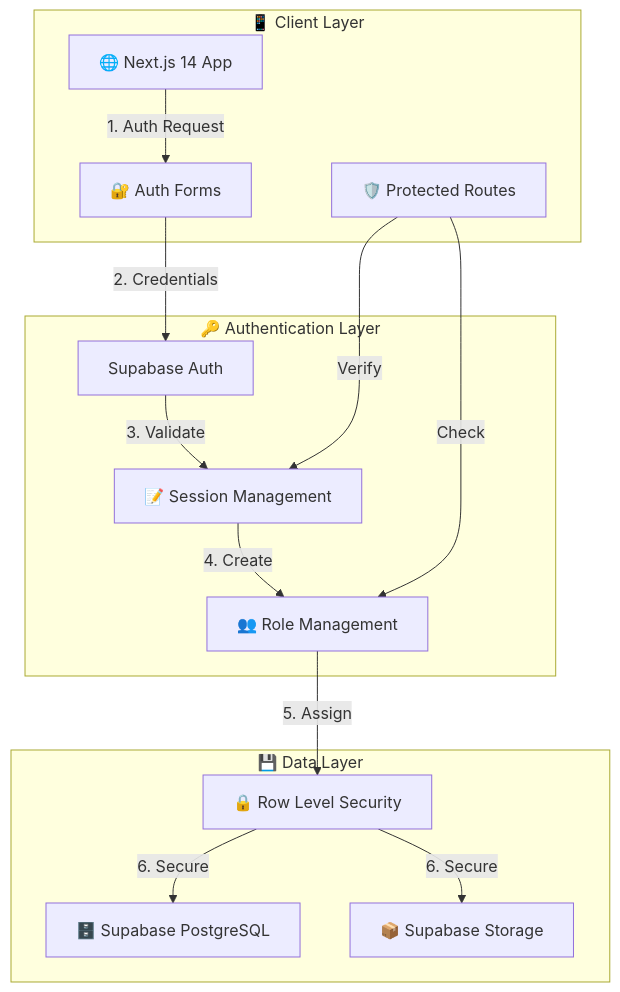
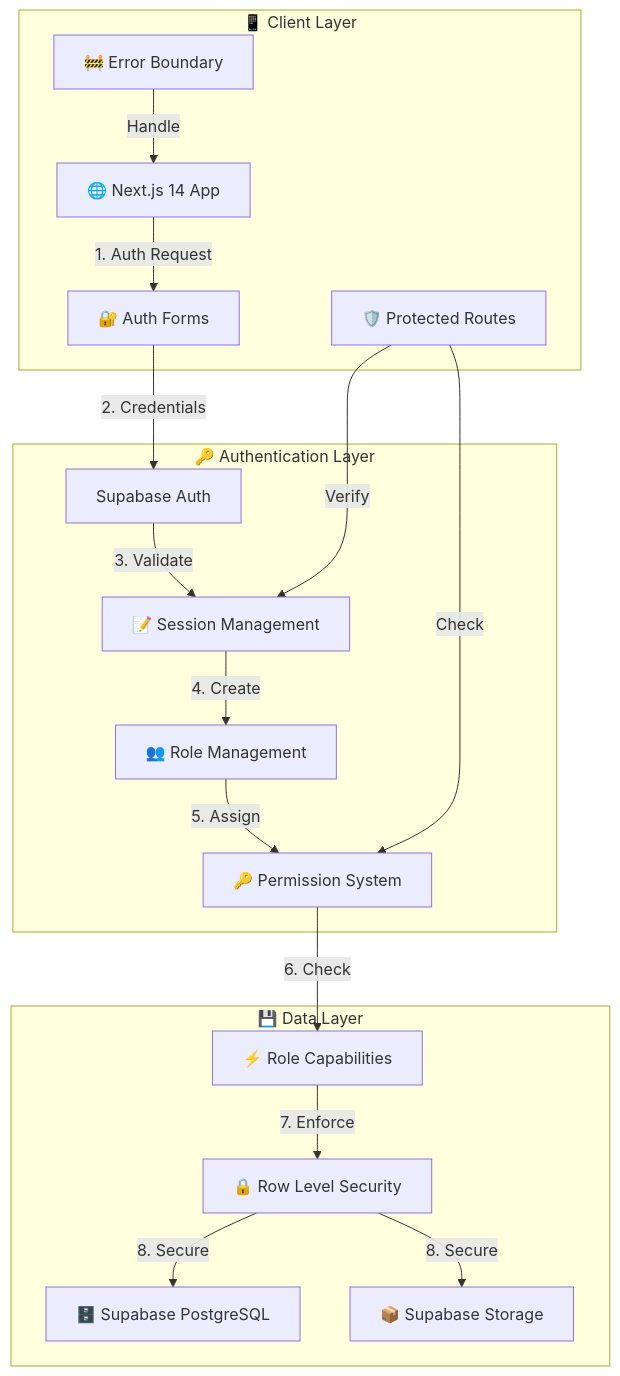
One commit to mrj0nesmtl/cloud-burst changed the first of 2 diagrams in docs/architecture/system_architecture_flowchart.md. Above: the diagram before and after it, drawn with Mermaid. The commit also changed other lines of this file and 5 other files, not shown here.

````diff
--- a/docs/architecture/system_architecture_flowchart.md
+++ b/docs/architecture/system_architecture_flowchart.md
@@ -8,31 +8,37 @@
 ```mermaid
 flowchart TD
     subgraph Client[📱 Client Layer]
         WebApp[🌐 Next.js 14 App]
         AuthForms[🔐 Auth Forms]
         Protected[🛡️ Protected Routes]
+        ErrorBoundary[🚧 Error Boundary]
     end
 
     subgraph Auth[🔑 Authentication Layer]
         SupaAuth[Supabase Auth]
         Session[📝 Session Management]
         Roles[👥 Role Management]
+        Permissions[🔑 Permission System]
     end
 
     subgraph Data[💾 Data Layer]
         Database[🗄️ Supabase PostgreSQL]
         Storage[📦 Supabase Storage]
         RLS[🔒 Row Level Security]
+        Capabilities[⚡ Role Capabilities]
     end
 
     WebApp -->|1. Auth Request| AuthForms
     AuthForms -->|2. Credentials| SupaAuth
     SupaAuth -->|3. Validate| Session
     Session -->|4. Create| Roles
-    Roles -->|5. Assign| RLS
-    RLS -->|6. Secure| Database
-    RLS -->|6. Secure| Storage
+    Roles -->|5. Assign| Permissions
+    Permissions -->|6. Check| Capabilities
+    Capabilities -->|7. Enforce| RLS
+    RLS -->|8. Secure| Database
+    RLS -->|8. Secure| Storage
     
     Protected -->|Verify| Session
-    Protected -->|Check| Roles
+    Protected -->|Check| Permissions
+    ErrorBoundary -->|Handle| WebApp
 ```
````
